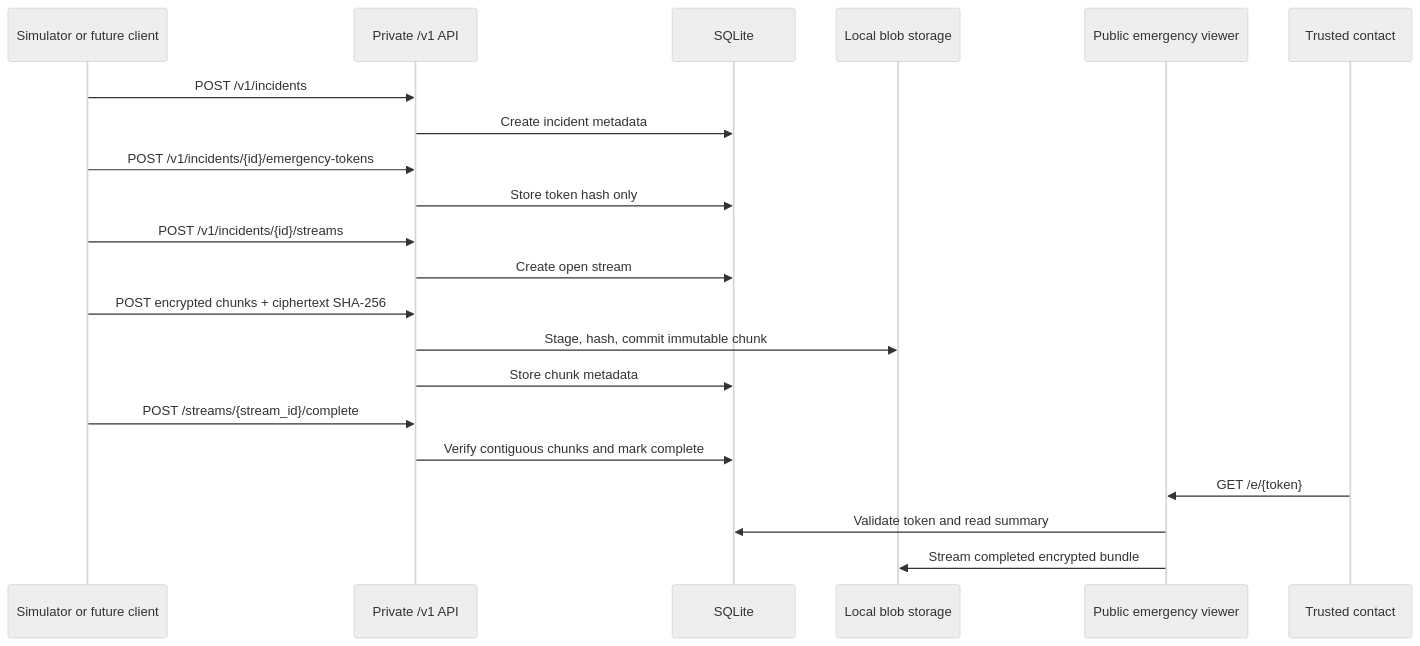
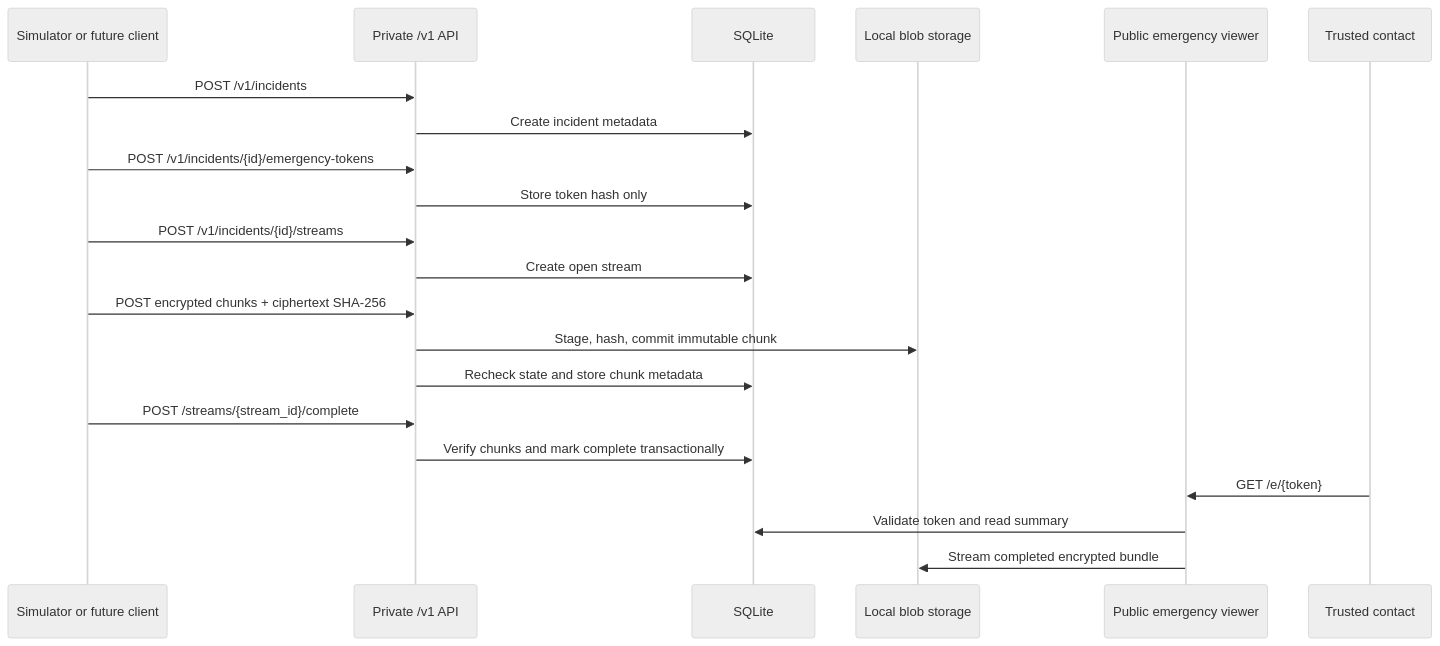
One commit to open-proofline/server changed the third of 4 diagrams in docs/architecture.md. Above: the diagram before and after it, drawn with Mermaid (neutral theme). The commit also changed 5 other files, not shown here.

````diff
--- a/docs/architecture.md
+++ b/docs/architecture.md
@@ -45,24 +45,24 @@
 ```mermaid
 sequenceDiagram
     participant Client as Simulator or future client
     participant Private as Private /v1 API
     participant DB as SQLite
     participant Blob as Local blob storage
     participant Public as Public emergency viewer
     participant Contact as Trusted contact
 
     Client->>Private: POST /v1/incidents
     Private->>DB: Create incident metadata
     Client->>Private: POST /v1/incidents/{id}/emergency-tokens
     Private->>DB: Store token hash only
     Client->>Private: POST /v1/incidents/{id}/streams
     Private->>DB: Create open stream
     Client->>Private: POST encrypted chunks + ciphertext SHA-256
     Private->>Blob: Stage, hash, commit immutable chunk
-    Private->>DB: Store chunk metadata
+    Private->>DB: Recheck state and store chunk metadata
     Client->>Private: POST /streams/{stream_id}/complete
-    Private->>DB: Verify contiguous chunks and mark complete
+    Private->>DB: Verify chunks and mark complete transactionally
     Contact->>Public: GET /e/{token}
     Public->>DB: Validate token and read summary
     Public->>Blob: Stream completed encrypted bundle
 ```
````
